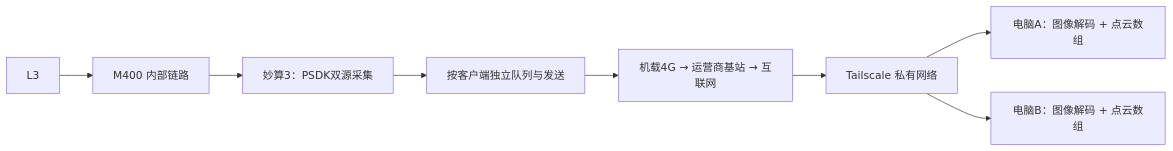
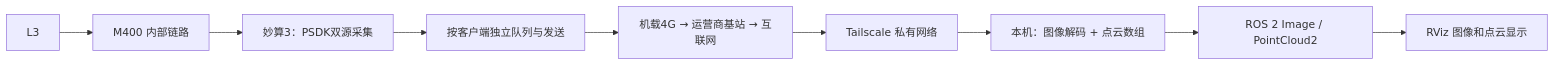
The diagram in docs/REMOTE_SYSTEM_DEVELOPMENT_PLAN.md (MrJQ-Huang/DJI_L3_develop), drawn with Mermaid before and after one commit. The commit also changed other lines of this file and 2 other files, not shown here.

First line of the commit message:
docs: focus MVP acceptance on local RViz dual-stream display

````diff
--- a/docs/REMOTE_SYSTEM_DEVELOPMENT_PLAN.md
+++ b/docs/REMOTE_SYSTEM_DEVELOPMENT_PLAN.md
@@ -39,10 +39,11 @@
 ```mermaid
 flowchart LR
     L[L3] --> M[M400 内部链路]
     M --> A[妙算3：PSDK双源采集]
     A --> Q[按客户端独立队列与发送]
     Q --> G[机载4G → 运营商基站 → 互联网]
     G --> T[Tailscale 私有网络]
-    T --> P1[电脑A：图像解码 + 点云数组]
-    T --> P2[电脑B：图像解码 + 点云数组]
+    T --> P1[本机：图像解码 + 点云数组]
+    P1 --> R[ROS 2 Image / PointCloud2]
+    R --> V[RViz 图像和点云显示]
 ```
````
